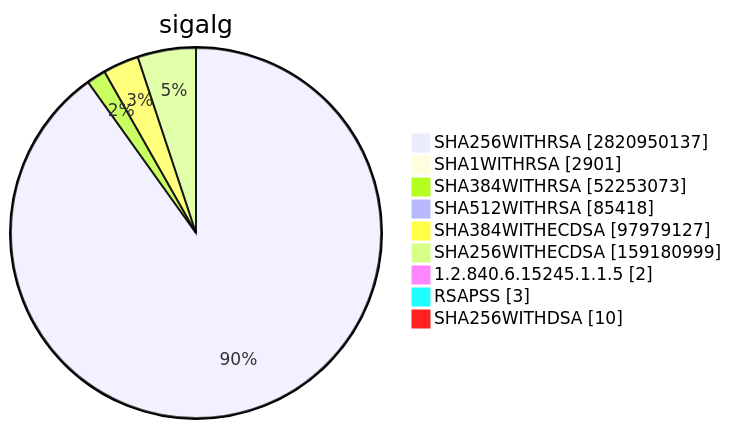
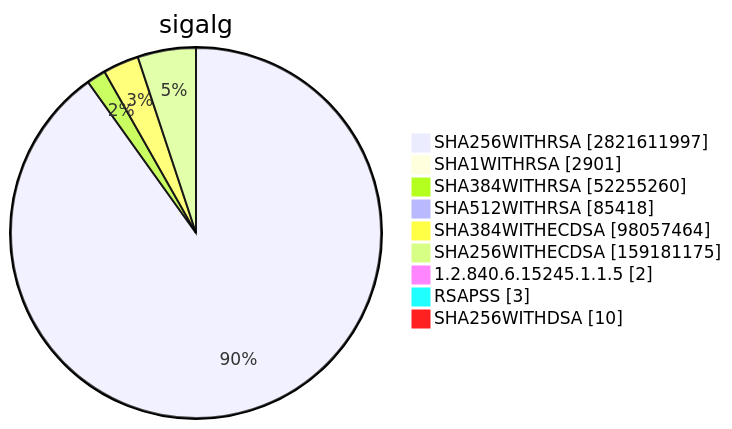
Before and after one commit to christiankrug/ctmonitor_visualization: diagram 15 of 15 in TOTAL/README.md, drawn with Mermaid. The commit also changed other lines of this file, not shown here.

````diff
--- a/TOTAL/README.md
+++ b/TOTAL/README.md
@@ -6205,13 +6205,13 @@
 ```mermaid
 pie showData
 title sigalg
-"SHA256WITHRSA" :2820950137
+"SHA256WITHRSA" :2821611997
 "SHA1WITHRSA" :2901
-"SHA384WITHRSA" :52253073
+"SHA384WITHRSA" :52255260
 "SHA512WITHRSA" :85418
-"SHA384WITHECDSA" :97979127
-"SHA256WITHECDSA" :159180999
+"SHA384WITHECDSA" :98057464
+"SHA256WITHECDSA" :159181175
 "1.2.840.6.15245.1.1.5" :2
 "RSAPSS" :3
 "SHA256WITHDSA" :10
 ```
````
